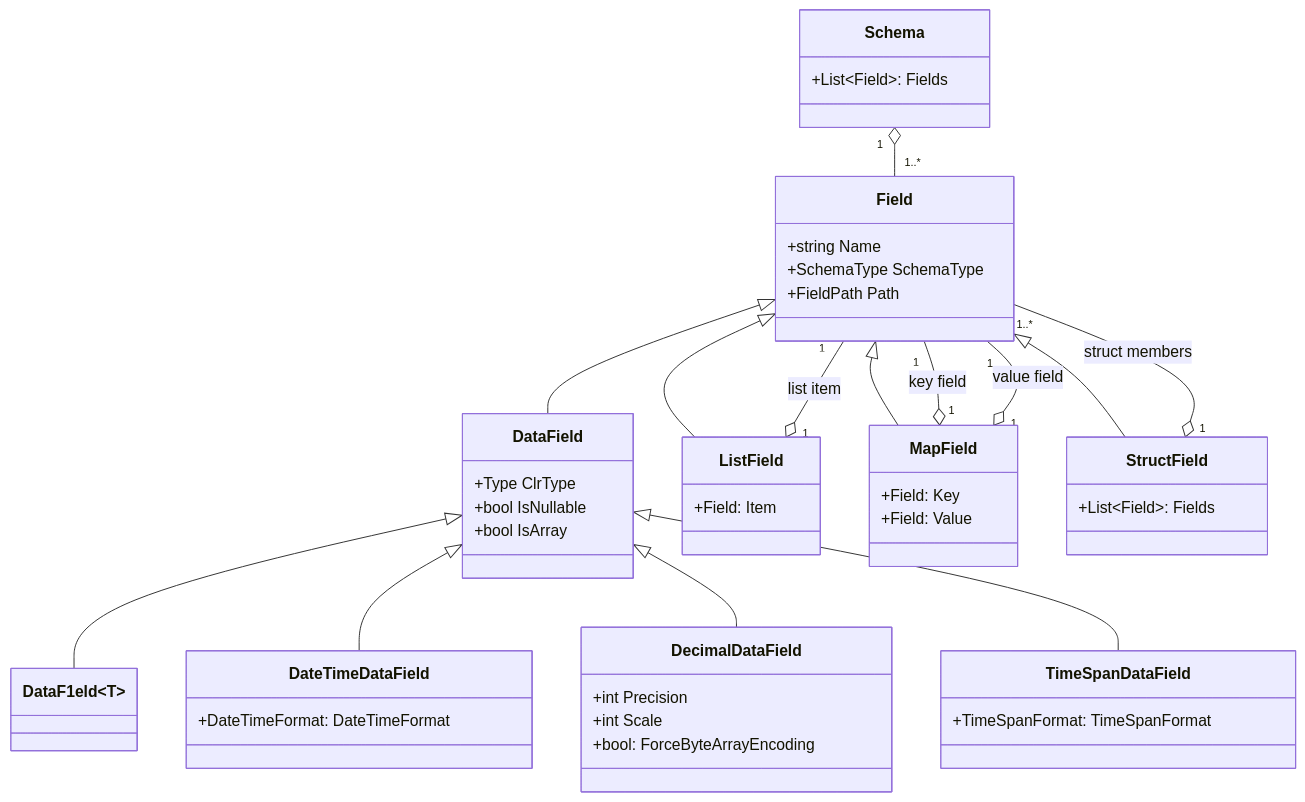
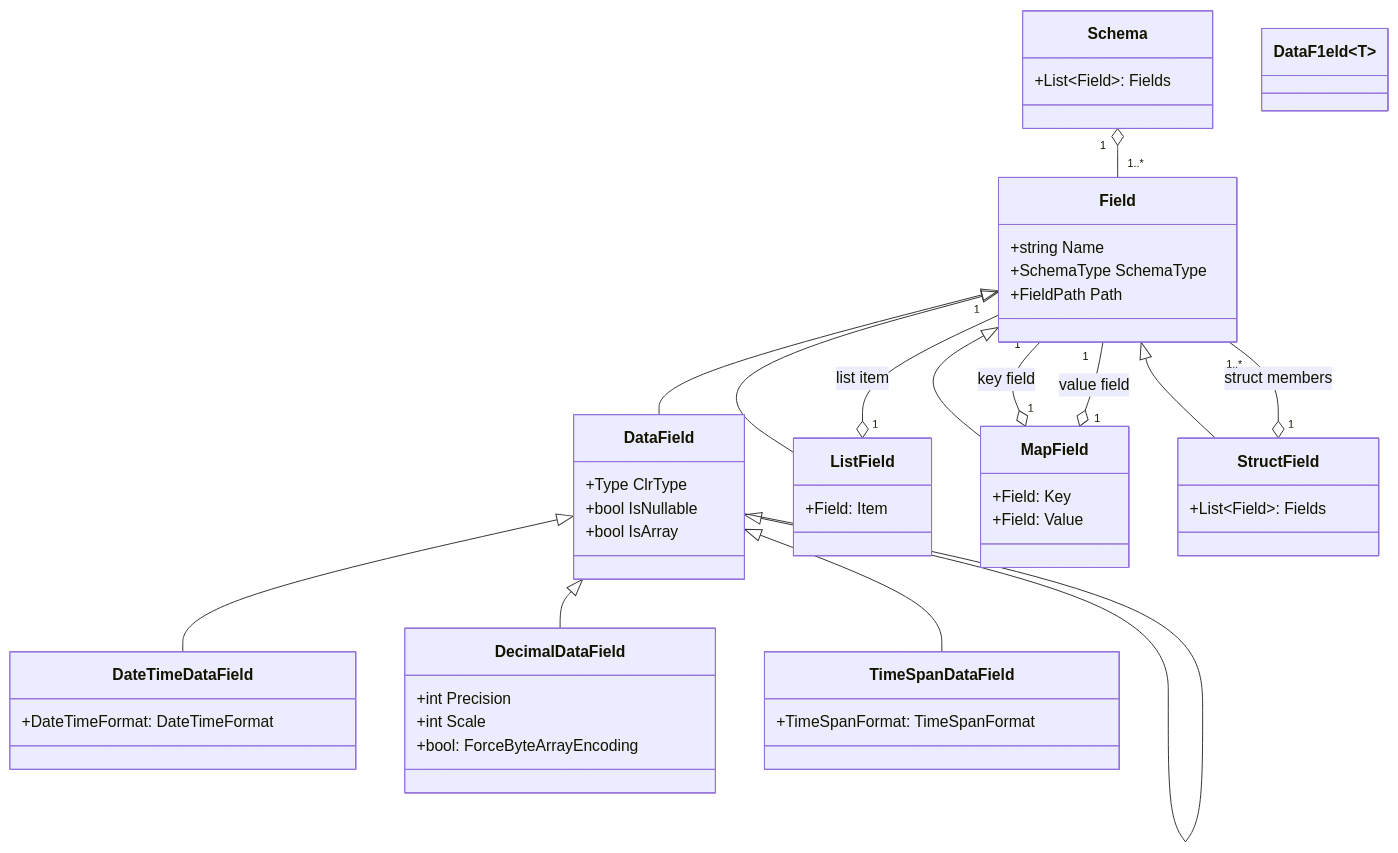
The first of 2 diagrams in wrs/topics/schema.md (aloneguid/parquet-dotnet), drawn with Mermaid before and after one commit.

Commit message:
fixed typo (#585)

````diff
--- a/wrs/topics/schema.md
+++ b/wrs/topics/schema.md
@@ -35,67 +35,67 @@
 ```mermaid
 classDiagram
     Schema "1" o-- "1..*" Field
     Field <|-- DataField
-    DataField <|-- DataF1eld~T~
+    DataField <|-- DataField~T~
     DataField <|-- DateTimeDataField
     DataField <|-- DecimalDataField
     DataField <|-- TimeSpanDataField
     
     Field <|-- ListField
     Field "1" --o "1" ListField: list item
 
     Field <|-- MapField
     Field "1" --o "1" MapField: key field
     Field "1" --o "1" MapField: value field
 
     Field <|-- StructField
     Field "1..*" --o "1" StructField: struct members
 
 
     class Schema {
         +List~Field~: Fields
     }
 
     class Field {
         +string Name
         +SchemaType SchemaType
         +FieldPath Path
     }
 
     class DataField {
         +Type ClrType
         +bool IsNullable
         +bool IsArray
     }
 
     class DataF1eld~T~{
         
     }
 
     class DateTimeDataField {
         +DateTimeFormat: DateTimeFormat
     }
 
     class DecimalDataField {
         +int Precision
         +int Scale
         +bool: ForceByteArrayEncoding
     }
 
     class TimeSpanDataField {
         +TimeSpanFormat: TimeSpanFormat
     }
 
     class ListField {
         +Field: Item
     }
 
     class MapField {
         +Field: Key
         +Field: Value
     }
 
     class StructField {
         +List~Field~: Fields
     }
 ```
````
